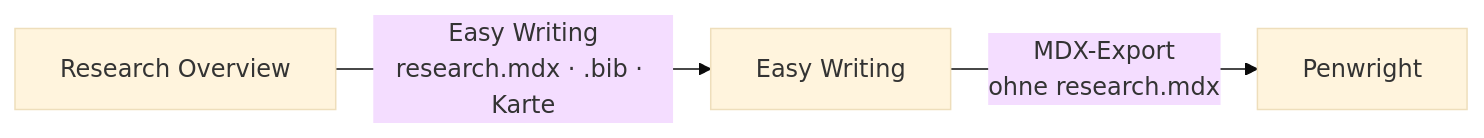
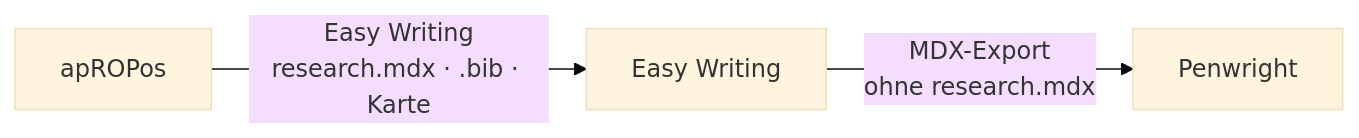
One commit to renejes/apropos changed the first of 2 diagrams in README.md. Above: the diagram before and after it, drawn with Mermaid (base theme). The commit also changed other lines of this file and 24 other files, not shown here.

````diff
--- a/README.md
+++ b/README.md
@@ -41,5 +43,5 @@
 ```mermaid
 flowchart LR
-    R[Research Overview] -->|Easy Writing<br/>research.mdx · .bib · Karte| E[Easy Writing]
+    R[apROPos] -->|Easy Writing<br/>research.mdx · .bib · Karte| E[Easy Writing]
     E -->|MDX-Export<br/>ohne research.mdx| P[Penwright]
 ```
````
